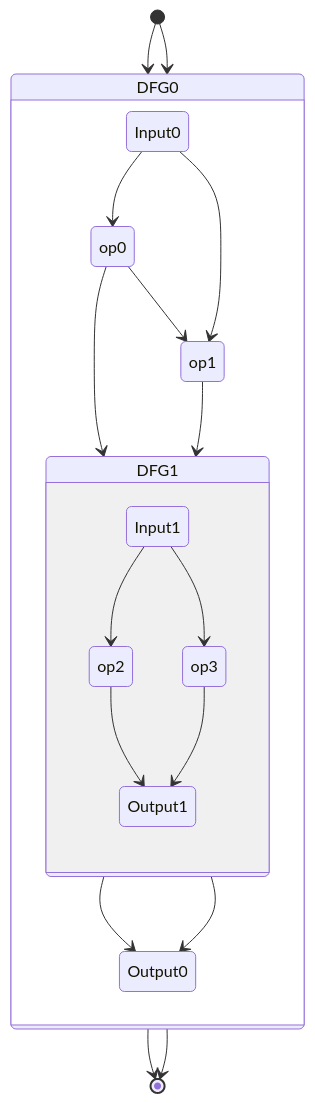
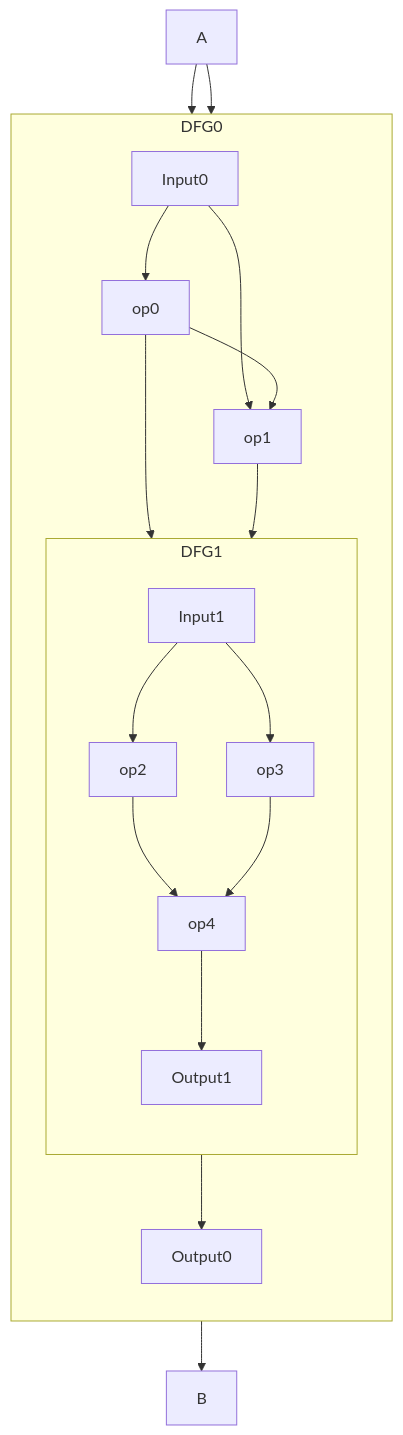
The second of 6 diagrams in specification/hugr.md (CQCL/hugr), drawn with Mermaid before and after one commit. The commit also changed other lines of this file and 7 other files, not shown here.

Commit message:
Convert remaining images to mermaid and latex (#250)

````diff
--- a/specification/hugr.md
+++ b/specification/hugr.md
@@ -317,26 +317,24 @@
 ```mermaid
-stateDiagram-v2
-    [*] --> DFG0
-    [*] --> DFG0
-
-    state DFG0 {
+flowchart
+    direction TB
+    subgraph DFG0
+        direction TB
         Input0 --> op0
-        op0 --> DFG1
+        Input0 --> op1
         op0 --> op1
-        Input0 --> op1
-        op1 --> DFG1
-
-        state DFG1 {
+        subgraph DFG1
+            direction TB
             Input1 --> op2
             Input1 --> op3
-            op2 --> Output1
-            op3--> Output1
-        }
-
+            op2 --> op4
+            op3 --> op4
+            op4 --> Output1
+        end
+        op0 --> DFG1
+        op1 --> DFG1
         DFG1 --> Output0
-        DFG1 --> Output0
-    }
-
-    DFG0 --> [*]
-    DFG0 --> [*]
+    end
+    A --> DFG0
+    A --> DFG0
+    DFG0 --> B
 ```
````
